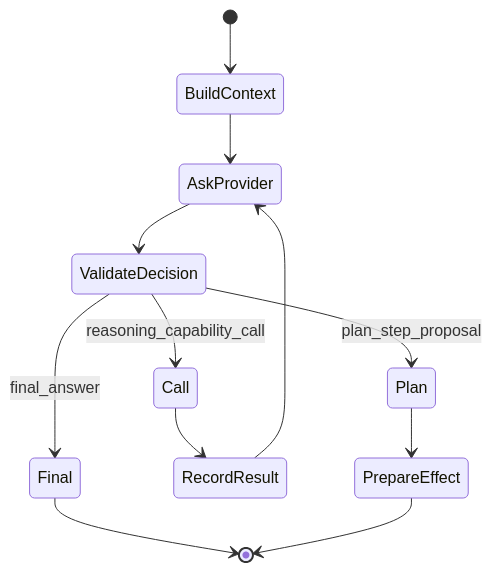
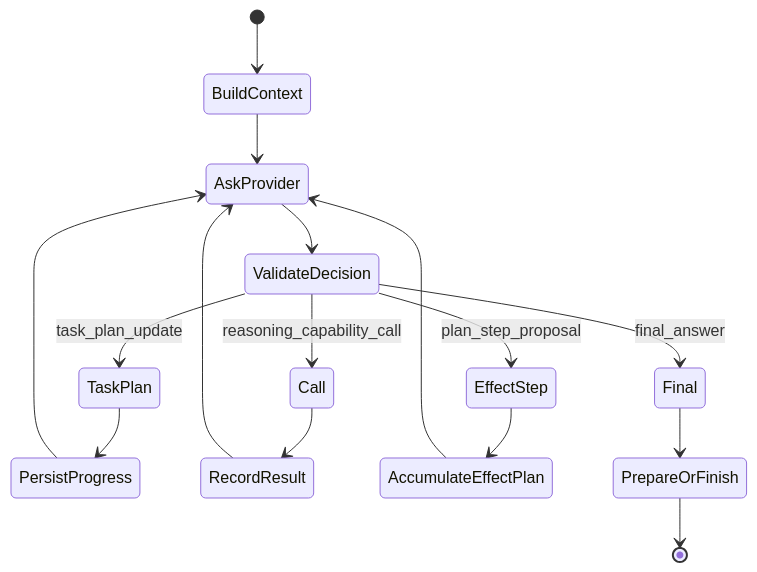
Before and after one commit to CPX-001/ai-odoo-assistant: the diagram in addons/odoo_ai_assistant/runtime/agent/README.md, drawn with Mermaid. The commit also changed other lines of this file, not shown here.

Commit message:
docs(p6): document neutral TaskPlan and EffectPlan runtime

````diff
--- a/addons/odoo_ai_assistant/runtime/agent/README.md
+++ b/addons/odoo_ai_assistant/runtime/agent/README.md
@@ -9,14 +9,18 @@
 ```mermaid
 stateDiagram-v2
     [*] --> BuildContext
     BuildContext --> AskProvider
     AskProvider --> ValidateDecision
+    ValidateDecision --> TaskPlan: task_plan_update
+    ValidateDecision --> Call: reasoning_capability_call
+    ValidateDecision --> EffectStep: plan_step_proposal
     ValidateDecision --> Final: final_answer
-    ValidateDecision --> Call: reasoning_capability_call
-    ValidateDecision --> Plan: plan_step_proposal
+    TaskPlan --> PersistProgress
+    PersistProgress --> AskProvider
     Call --> RecordResult
     RecordResult --> AskProvider
-    Plan --> PrepareEffect
-    Final --> [*]
-    PrepareEffect --> [*]
+    EffectStep --> AccumulateEffectPlan
+    AccumulateEffectPlan --> AskProvider
+    Final --> PrepareOrFinish
+    PrepareOrFinish --> [*]
 ```
````
